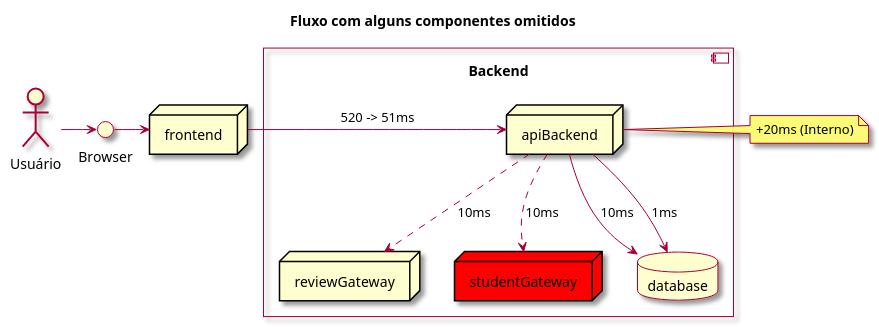
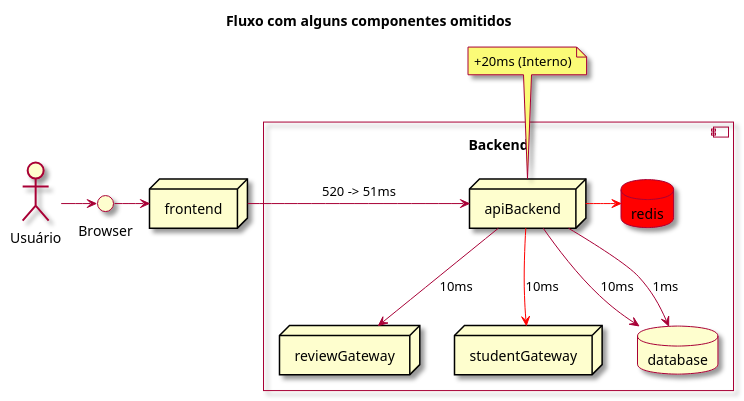
The diagram in docs/diagrams/request-sem-cdn-com-cache.plantuml (charlesardsilva/lecture-cache-content), drawn with PlantUML before and after one commit. The commit also changed 2 other files, not shown here.

Commit message:
Change diagram

```diff
--- a/docs/diagrams/request-sem-cdn-com-cache.plantuml
+++ b/docs/diagrams/request-sem-cdn-com-cache.plantuml
@@ -1,30 +1,32 @@
 @startuml
 
 skin rose
 
 Title: Fluxo com alguns componentes omitidos
 
 actor "Usuário" as actor
 interface "Browser" as browser
 node frontend
 
 actor -> browser
 browser -> frontend
 
 component "Backend\n" {
 
   node "apiBackend" as backend
   node reviewGateway as reviewGateway
-  node studentGateway as studentGateway #red
+  node studentGateway as studentGateway
   database database
+  database redis as redis  #red
 
   backend --> database: 10ms
   backend --> database: 1ms
-  backend ..> reviewGateway: 10ms
-  backend ..> studentGateway: 10ms
+  backend --> reviewGateway: 10ms
+  backend --> studentGateway #red: 10ms
+  backend -> redis #red
 }
 
 frontend -> backend: 520 -> 51ms
-note right of backend: +20ms (Interno)
+note top of backend: +20ms (Interno)
 
 @enduml
```
